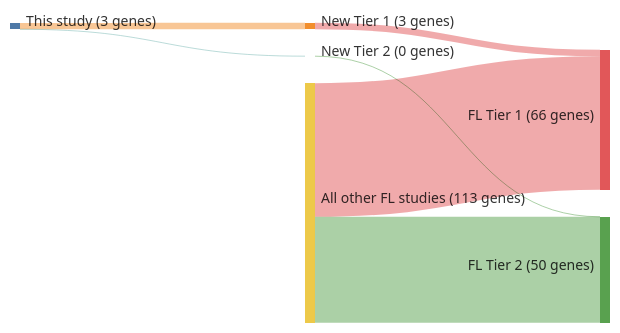
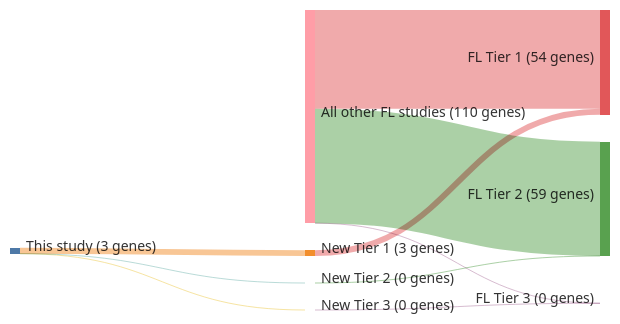
The diagram in papers/okosunRecurrentMTORC1activatingRRAGC2016.md (morinlab/lymphopedia), drawn with Mermaid before and after one commit. The commit also changed other lines of this file and 81 other files, not shown here.

````diff
--- a/papers/okosunRecurrentMTORC1activatingRRAGC2016.md
+++ b/papers/okosunRecurrentMTORC1activatingRRAGC2016.md
@@ -13,20 +13,23 @@
 ```mermaid
 ---
 config:
     sankey:
         showValues: true
         linkColor: target
         width: 600
         height: 300
         nodeAlignment: right
         prefix: '('
         suffix: ' genes)'
 ---
 sankey-beta
 This study, New Tier 1, 3
 New Tier 1, FL Tier 1, 3
 This study, New Tier 2, 0
 New Tier 2, FL Tier 2, 0
-All other FL studies, FL Tier 1, 63
-All other FL studies, FL Tier 2, 50
+This study, New Tier 3, 0
+New Tier 3, FL Tier 3, 0
+All other FL studies, FL Tier 1, 51
+All other FL studies, FL Tier 2, 59
+All other FL studies, FL Tier 3, 0
 ```
````
